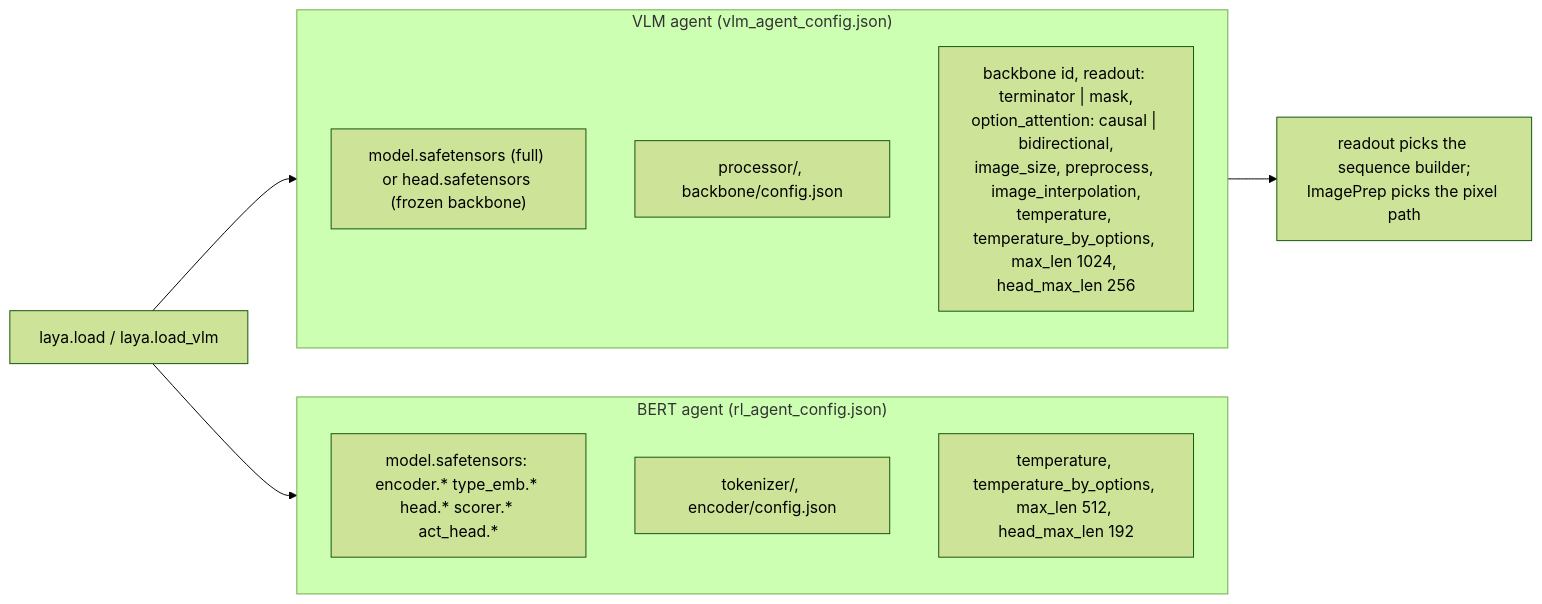
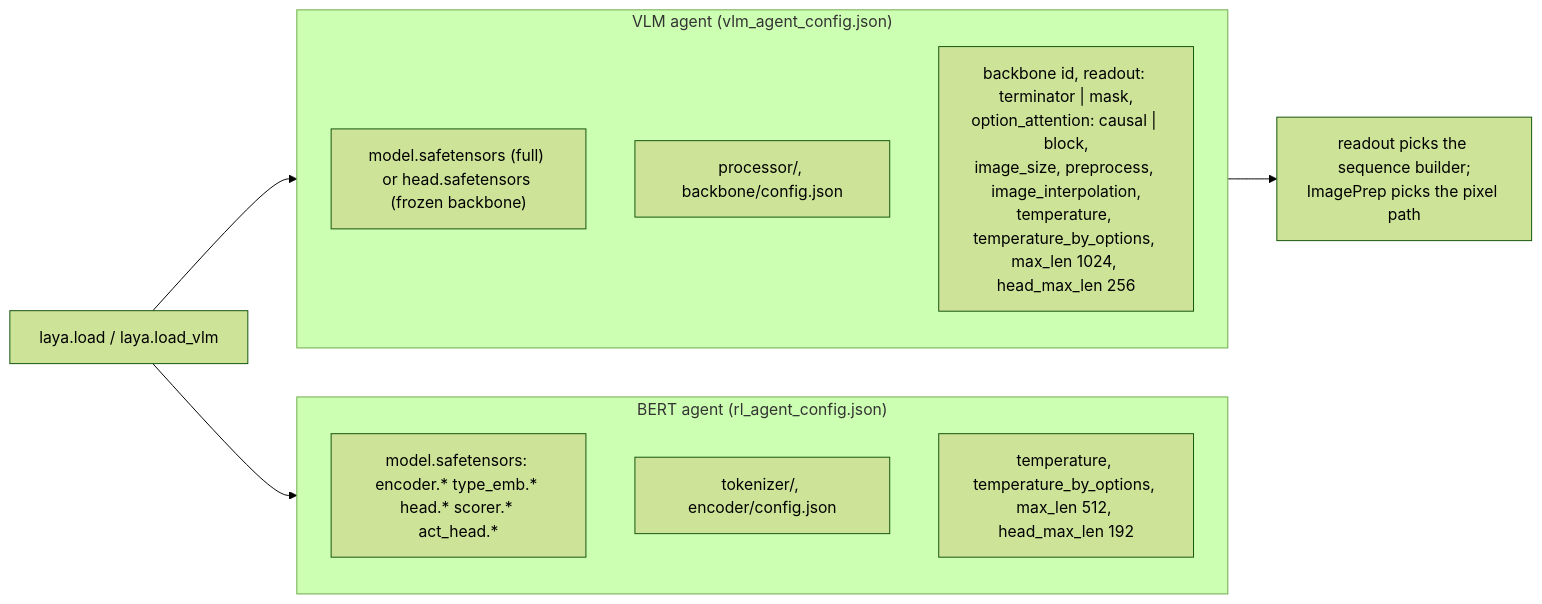
Before and after one commit to r33drichards/laya-vision: diagram 13 of 13 in docs/architecture.md, drawn with Mermaid (forest theme). The commit also changed other lines of this file and 5 other files, not shown here.

First line of the commit message:
Rename option_attention 'bidirectional' to 'block', keep the old name as a deprecated alias

````diff
--- a/docs/architecture.md
+++ b/docs/architecture.md
@@ -348,16 +348,16 @@
 ```mermaid
 flowchart LR
     subgraph TXT["BERT agent (rl_agent_config.json)"]
         t1["model.safetensors: encoder.* type_emb.* head.* scorer.* act_head.*"]
         t2["tokenizer/, encoder/config.json"]
         t3["temperature, temperature_by_options, max_len 512, head_max_len 192"]
     end
     subgraph VLM["VLM agent (vlm_agent_config.json)"]
         v1["model.safetensors (full) or head.safetensors (frozen backbone)"]
         v2["processor/, backbone/config.json"]
-        v3["backbone id, readout: terminator | mask,<br/>option_attention: causal | bidirectional,<br/>image_size, preprocess, image_interpolation,<br/>temperature, temperature_by_options, max_len 1024, head_max_len 256"]
+        v3["backbone id, readout: terminator | mask,<br/>option_attention: causal | block,<br/>image_size, preprocess, image_interpolation,<br/>temperature, temperature_by_options, max_len 1024, head_max_len 256"]
     end
     LOAD["laya.load / laya.load_vlm"] --> TXT
     LOAD --> VLM
     VLM --> RO["readout picks the sequence builder;<br/>ImagePrep picks the pixel path"]
 ```
````
